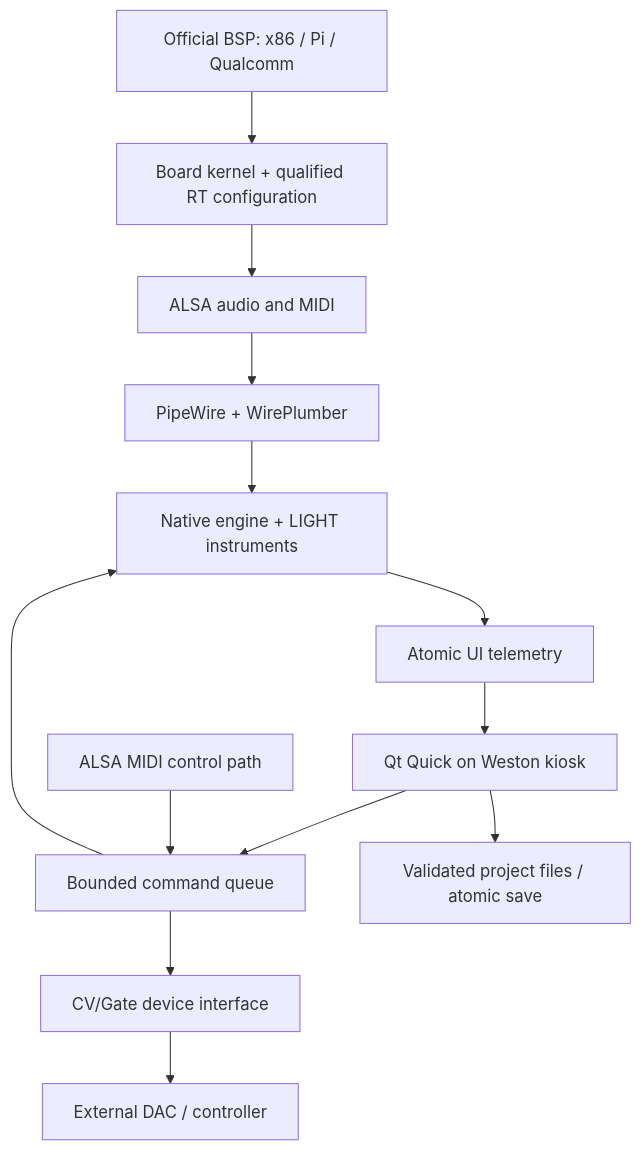
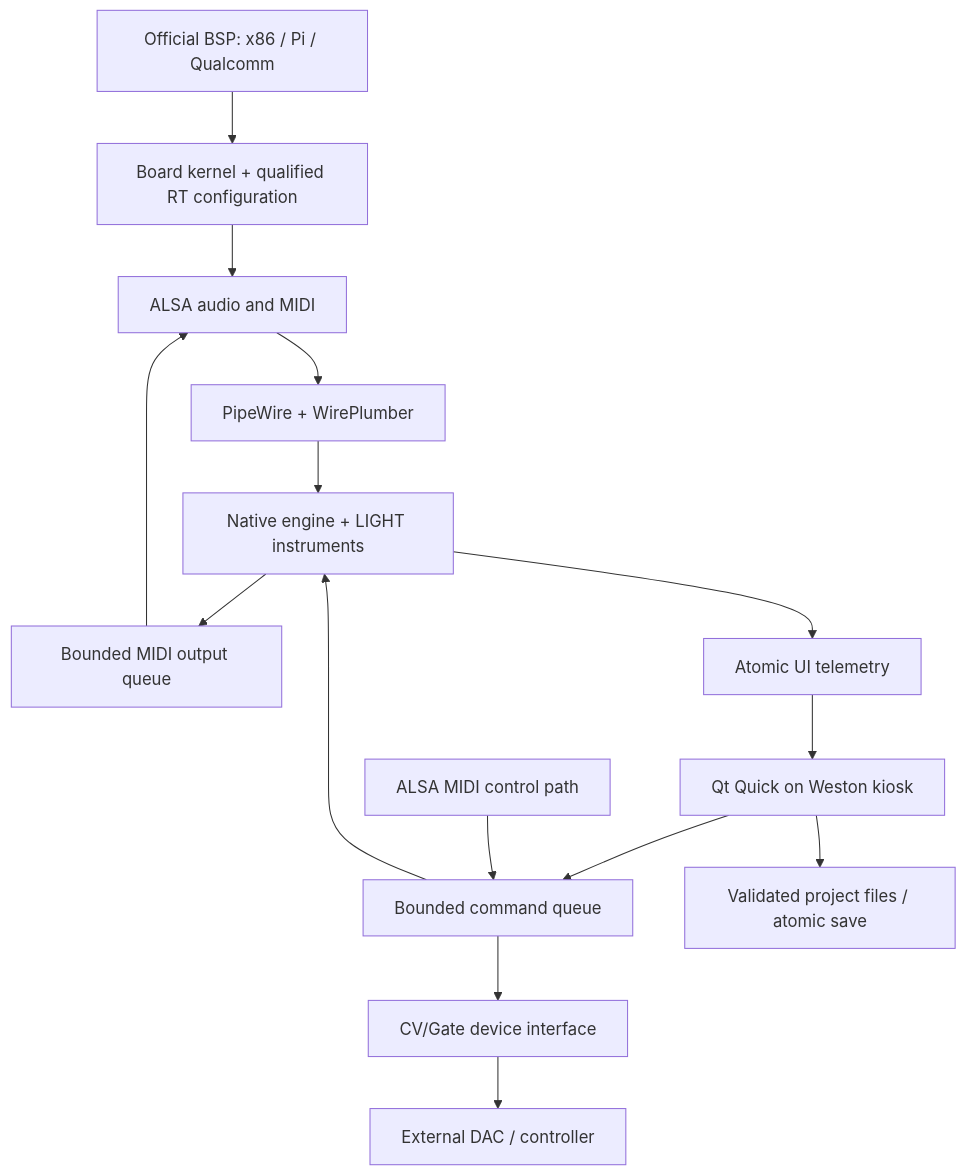
One commit to deastrobooking/ECO_OS changed the diagram in docs/PLAN.md. Above: the diagram before and after it, drawn with Mermaid. The commit also changed other lines of this file and 5 other files, not shown here.

````diff
--- a/docs/PLAN.md
+++ b/docs/PLAN.md
@@ -32,15 +32,17 @@
 ```mermaid
 flowchart TB
   BSP[Official BSP: x86 / Pi / Qualcomm] --> Kernel[Board kernel + qualified RT configuration]
   Kernel --> ALSA[ALSA audio and MIDI]
   ALSA --> PW[PipeWire + WirePlumber]
   PW --> DSP[Native engine + LIGHT instruments]
   UI[Qt Quick on Weston kiosk] --> Commands[Bounded command queue]
   MIDI[ALSA MIDI control path] --> Commands
+  DSP --> MidiEvents[Bounded MIDI output queue]
+  MidiEvents --> ALSA
   Commands --> CV[CV/Gate device interface]
   Commands --> DSP
   CV --> Hardware[External DAC / controller]
   DSP --> Telemetry[Atomic UI telemetry]
   Telemetry --> UI
   UI --> Projects[Validated project files / atomic save]
 ```
````
